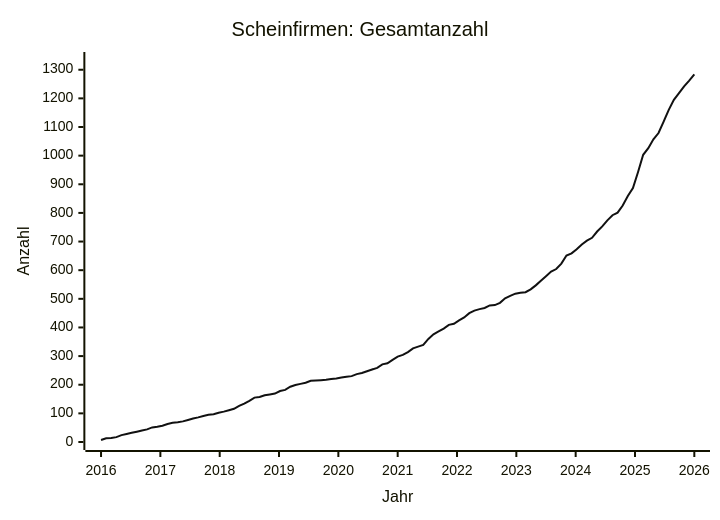
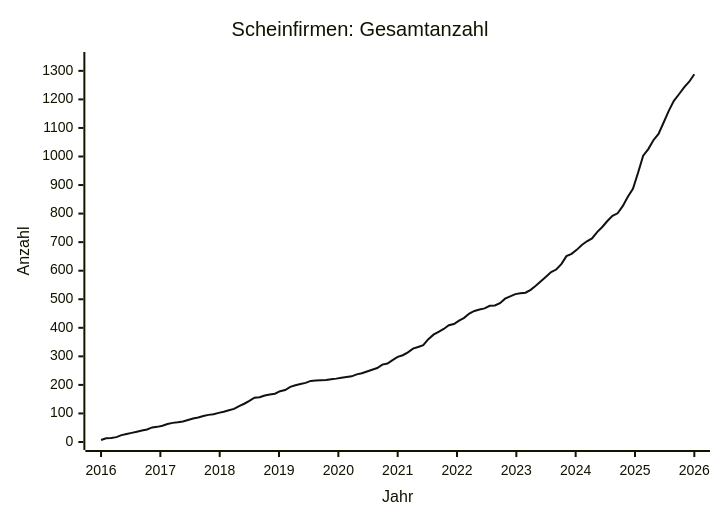
Before and after one commit to arjoma/scheinfirmen-at: the diagram in data/STATS.md, drawn with Mermaid. The commit also changed other lines of this file and 3 other files, not shown here.

````diff
--- a/data/STATS.md
+++ b/data/STATS.md
@@ -9,13 +9,13 @@
 ```mermaid
 ---
 config:
   themeVariables:
     xyChart:
       plotColorPalette: "#111111"
 ---
 xychart-beta
     title "Scheinfirmen: Gesamtanzahl"
     x-axis "Jahr" 2016 --> 2026
-    y-axis "Anzahl" 0 --> 1334
-    line [7, 13, 14, 17, 24, 28, 32, 36, 40, 44, 51, 53, 57, 63, 67, 69, 72, 77, 82, 86, 91, 95, 97, 102, 106, 111, 116, 126, 134, 144, 155, 157, 163, 166, 169, 178, 182, 193, 199, 203, 207, 214, 215, 216, 217, 220, 222, 225, 228, 230, 237, 241, 247, 253, 259, 271, 275, 287, 298, 304, 314, 327, 333, 339, 360, 376, 386, 396, 409, 413, 425, 435, 450, 459, 464, 468, 477, 478, 486, 502, 510, 518, 521, 523, 533, 547, 563, 579, 595, 604, 623, 651, 659, 673, 690, 703, 713, 735, 753, 774, 792, 801, 826, 859, 887, 943, 1003, 1026, 1057, 1079, 1119, 1160, 1195, 1218, 1242, 1262, 1284]
+    y-axis "Anzahl" 0 --> 1338
+    line [7, 13, 14, 17, 24, 28, 32, 36, 40, 44, 51, 53, 57, 63, 67, 69, 72, 77, 82, 86, 91, 95, 97, 102, 106, 111, 116, 126, 134, 144, 155, 157, 163, 166, 169, 178, 182, 193, 199, 203, 207, 214, 215, 216, 217, 220, 222, 225, 228, 230, 237, 241, 247, 253, 259, 271, 275, 287, 298, 304, 314, 327, 333, 339, 360, 376, 386, 396, 409, 413, 425, 435, 450, 459, 464, 468, 477, 478, 486, 502, 510, 518, 521, 523, 533, 547, 563, 579, 595, 604, 623, 651, 659, 673, 690, 703, 713, 735, 753, 774, 792, 801, 826, 859, 887, 943, 1003, 1026, 1057, 1079, 1119, 1160, 1195, 1218, 1242, 1262, 1288]
 ```
````
